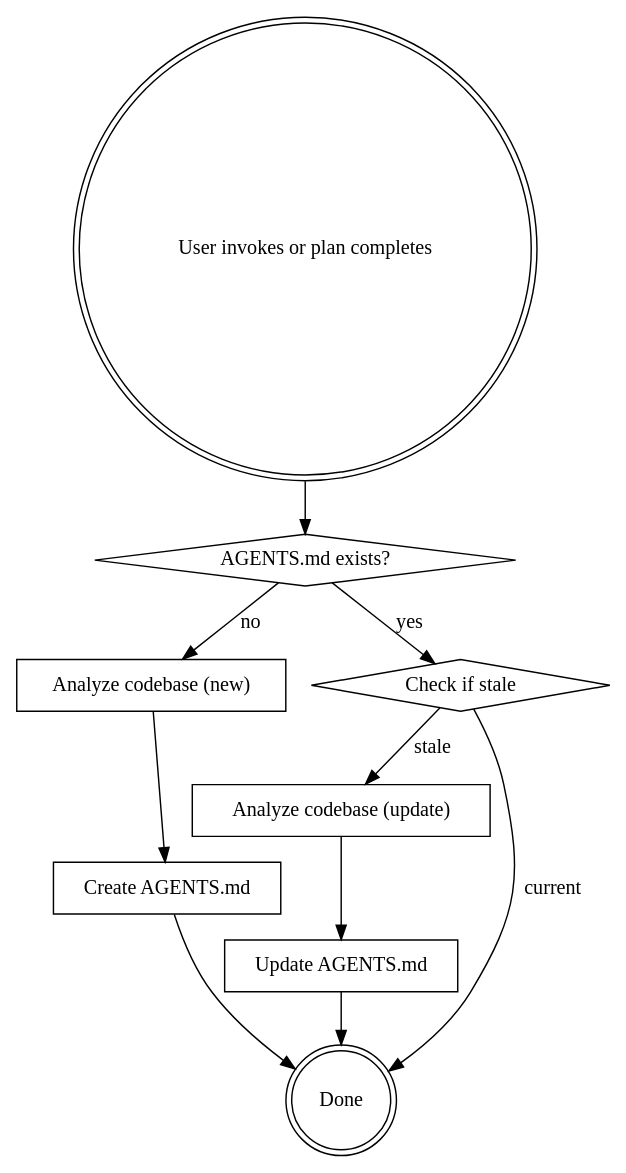
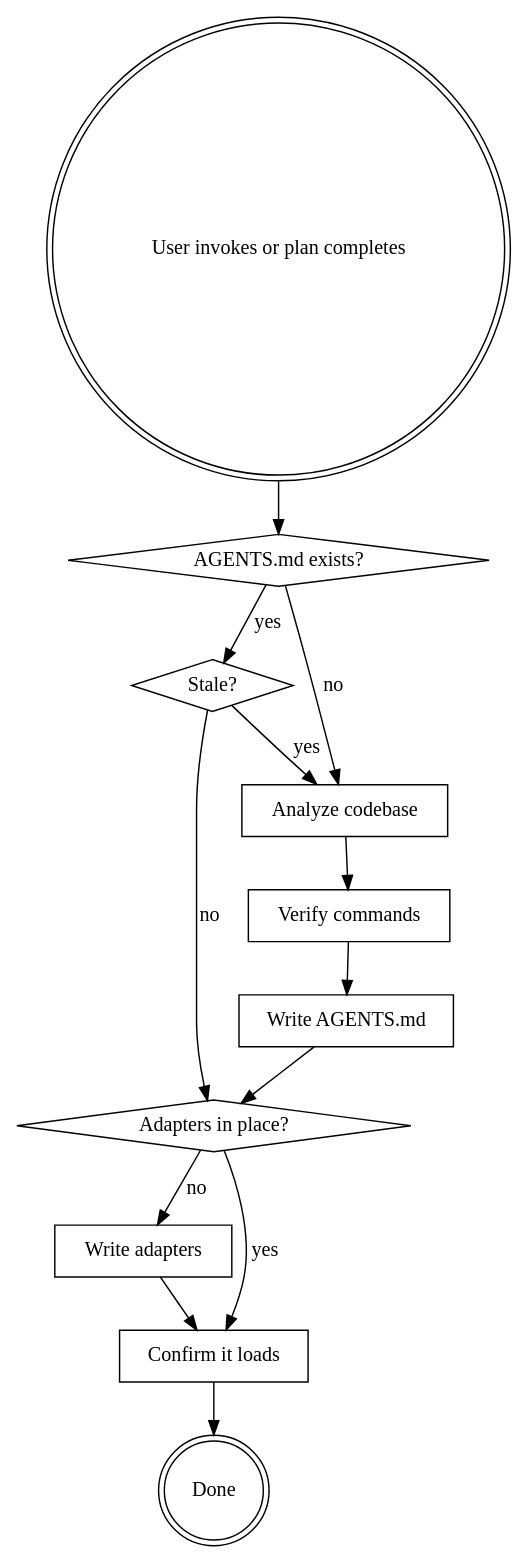
One commit to NecturaLabs/AgentSkills changed the diagram in skills/agents-md-manager/SKILL.md. Above: the diagram before and after it, drawn with Graphviz. The commit also changed other lines of this file and 4 other files, not shown here.

First line of the commit message:
feat(agents-md-manager): verify commands and bridge non-native agents

````diff
--- a/skills/agents-md-manager/SKILL.md
+++ b/skills/agents-md-manager/SKILL.md
@@ -18,22 +20,27 @@
 ```dot
 digraph manager {
     "User invokes or plan completes" [shape=doublecircle];
     "AGENTS.md exists?" [shape=diamond];
-    "Analyze codebase (new)" [shape=box];
-    "Create AGENTS.md" [shape=box];
-    "Check if stale" [shape=diamond];
-    "Analyze codebase (update)" [shape=box];
-    "Update AGENTS.md" [shape=box];
+    "Stale?" [shape=diamond];
+    "Analyze codebase" [shape=box];
+    "Verify commands" [shape=box];
+    "Write AGENTS.md" [shape=box];
+    "Adapters in place?" [shape=diamond];
+    "Write adapters" [shape=box];
+    "Confirm it loads" [shape=box];
     "Done" [shape=doublecircle];
 
     "User invokes or plan completes" -> "AGENTS.md exists?";
-    "AGENTS.md exists?" -> "Analyze codebase (new)" [label="no"];
-    "AGENTS.md exists?" -> "Check if stale" [label="yes"];
-    "Analyze codebase (new)" -> "Create AGENTS.md";
-    "Create AGENTS.md" -> "Done";
-    "Check if stale" -> "Done" [label="current"];
-    "Check if stale" -> "Analyze codebase (update)" [label="stale"];
-    "Analyze codebase (update)" -> "Update AGENTS.md";
-    "Update AGENTS.md" -> "Done";
+    "AGENTS.md exists?" -> "Analyze codebase" [label="no"];
+    "AGENTS.md exists?" -> "Stale?" [label="yes"];
+    "Stale?" -> "Analyze codebase" [label="yes"];
+    "Stale?" -> "Adapters in place?" [label="no"];
+    "Analyze codebase" -> "Verify commands";
+    "Verify commands" -> "Write AGENTS.md";
+    "Write AGENTS.md" -> "Adapters in place?";
+    "Adapters in place?" -> "Write adapters" [label="no"];
+    "Adapters in place?" -> "Confirm it loads" [label="yes"];
+    "Write adapters" -> "Confirm it loads";
+    "Confirm it loads" -> "Done";
 }
 ```
````
